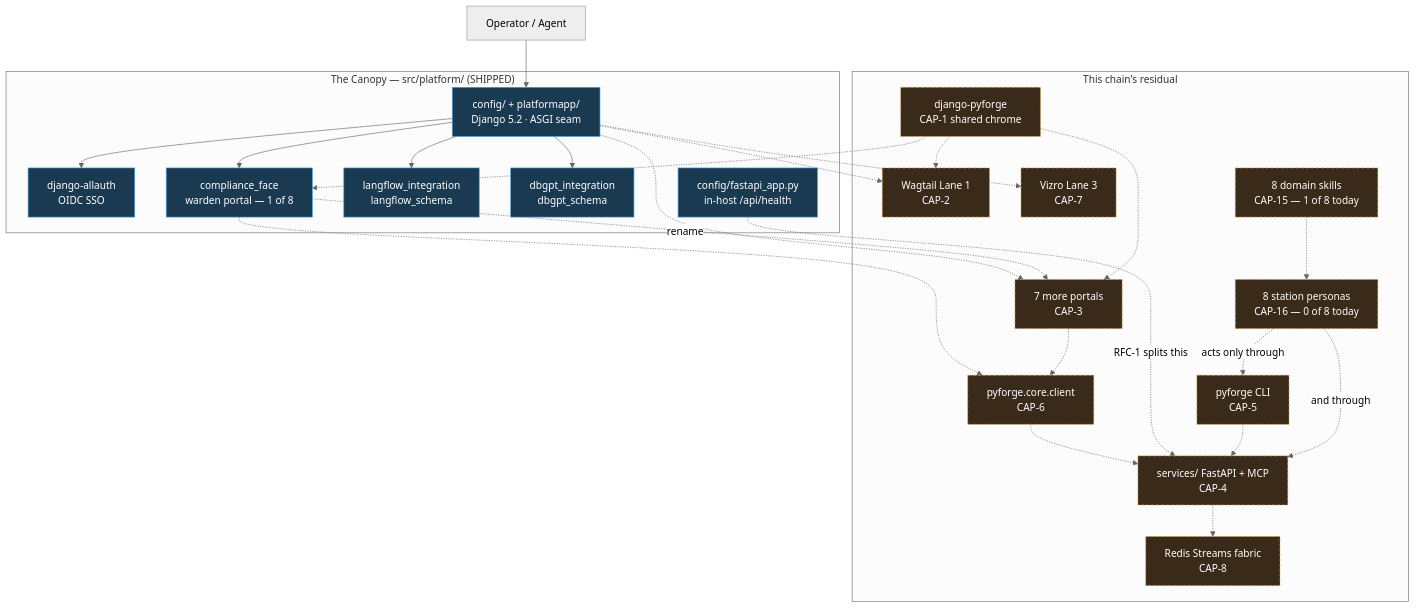
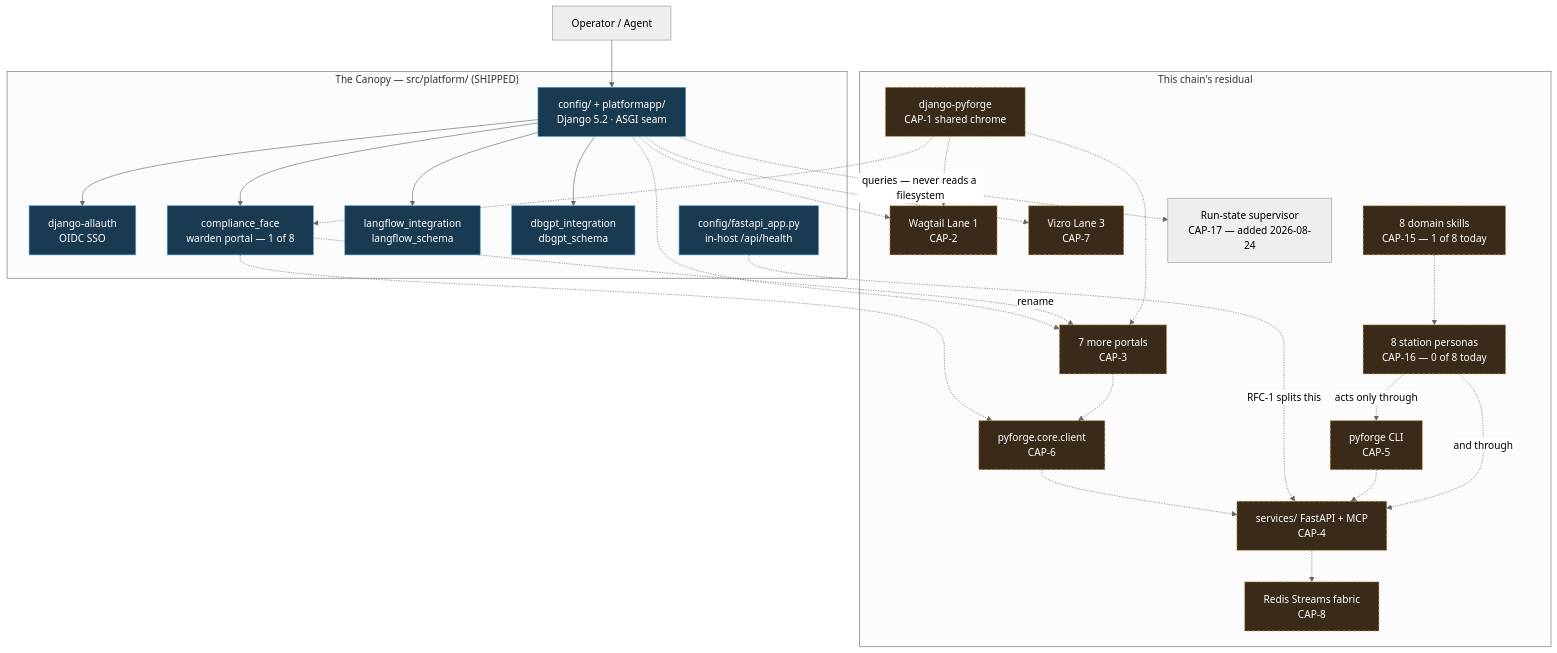
Before and after one commit to rxm7706/local-recipes: the first of 5 diagrams in _bmad-output/projects/pyforge-steward/planning-artifacts/specs/spec-pyforge-unifying-strategy/architecture-diagrams.md, drawn with Mermaid (neutral theme). The commit also changed 7 other files, not shown here.

First line of the commit message:
feat(spec): CAP-17 run-state supervisor, and a uniform portal prefix

````diff
--- a/_bmad-output/projects/pyforge-steward/planning-artifacts/specs/spec-pyforge-unifying-strategy/architecture-diagrams.md
+++ b/_bmad-output/projects/pyforge-steward/planning-artifacts/specs/spec-pyforge-unifying-strategy/architecture-diagrams.md
@@ -16,53 +16,55 @@
 ```mermaid
 graph TB
     User["Operator / Agent"]
 
     subgraph Canopy["The Canopy — src/platform/ (SHIPPED)"]
         Host["config/ + platformapp/<br/>Django 5.2 · ASGI seam"]
         Auth["django-allauth<br/>OIDC SSO"]
         FastAPIseam["config/fastapi_app.py<br/>in-host /api/health"]
         LF["langflow_integration<br/>langflow_schema"]
         DG["dbgpt_integration<br/>dbgpt_schema"]
         CF["compliance_face<br/>warden portal — 1 of 8"]
     end
 
     subgraph Residual["This chain's residual"]
         DP["django-pyforge<br/>CAP-1 shared chrome"]
         L1["Wagtail Lane 1<br/>CAP-2"]
         P7["7 more portals<br/>CAP-3"]
         SVC["services/ FastAPI + MCP<br/>CAP-4"]
         CLI["pyforge CLI<br/>CAP-5"]
         CLIENT["pyforge.core.client<br/>CAP-6"]
         VZ["Vizro Lane 3<br/>CAP-7"]
         EV["Redis Streams fabric<br/>CAP-8"]
         SK["8 domain skills<br/>CAP-15 — 1 of 8 today"]
         PER["8 station personas<br/>CAP-16 — 0 of 8 today"]
+        SUP["Run-state supervisor<br/>CAP-17 — added 2026-08-24"]
     end
 
     User --> Host
     Host --> Auth
     Host --> LF
     Host --> DG
     Host --> CF
     Host -.-> L1
     Host -.-> P7
     CF -.->|rename| P7
     DP -.-> CF
     DP -.-> P7
     DP -.-> L1
     CF -.-> CLIENT
     P7 -.-> CLIENT
     CLIENT -.-> SVC
     FastAPIseam -.->|RFC-1 splits this| SVC
     SVC -.-> EV
     Host -.-> VZ
     CLI -.-> SVC
     PER -.->|"acts only through"| CLI
     PER -.->|"and through"| SVC
     SK -.-> PER
+    Host -.->|"queries — never reads a filesystem"| SUP
 
     classDef shipped fill:#1a3a52,stroke:#4a9eda,color:#fff
     classDef residual fill:#3a2a1a,stroke:#daa54a,color:#fff,stroke-dasharray: 5 3
     class Host,Auth,FastAPIseam,LF,DG,CF shipped
     class DP,L1,P7,SVC,CLI,CLIENT,VZ,EV,SK,PER residual
 ```
````
